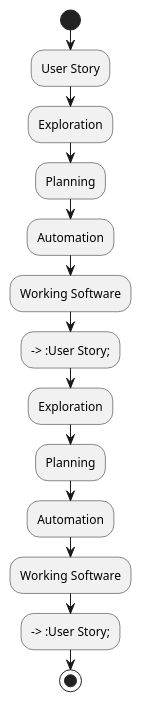
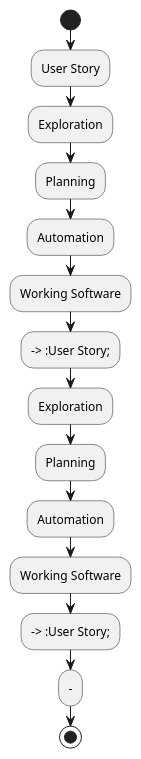
One commit to alladin7000/alladin7000.github.io changed the diagram in bdd.puml. Above: the diagram before and after it, drawn with PlantUML. The commit also changed 1 other file, not shown here.

```diff
--- a/bdd.puml
+++ b/bdd.puml
@@ -1,18 +1,18 @@
 @startuml
 start
 
 :User Story;
 :Exploration;
 :Planning;
 :Automation;
 :Working Software;
 
 --> :User Story;
 :Exploration;
 :Planning;
 :Automation;
 :Working Software;
 --> :User Story;
-
+--
 stop
 @enduml
```
